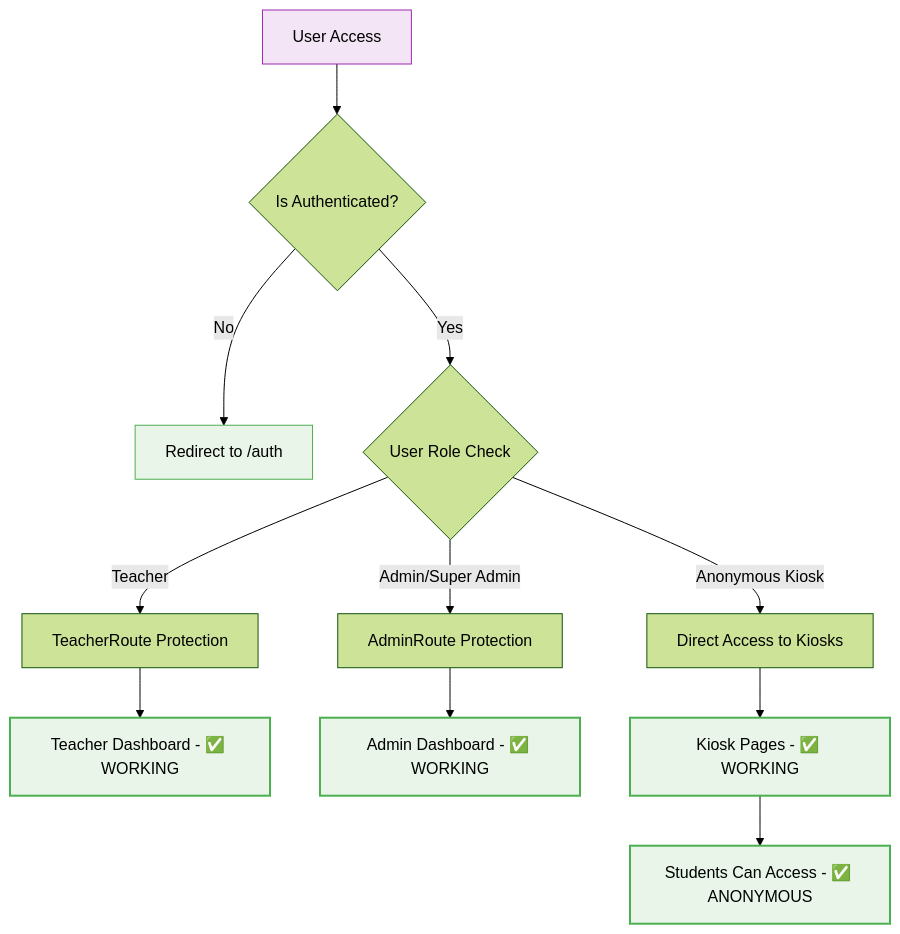
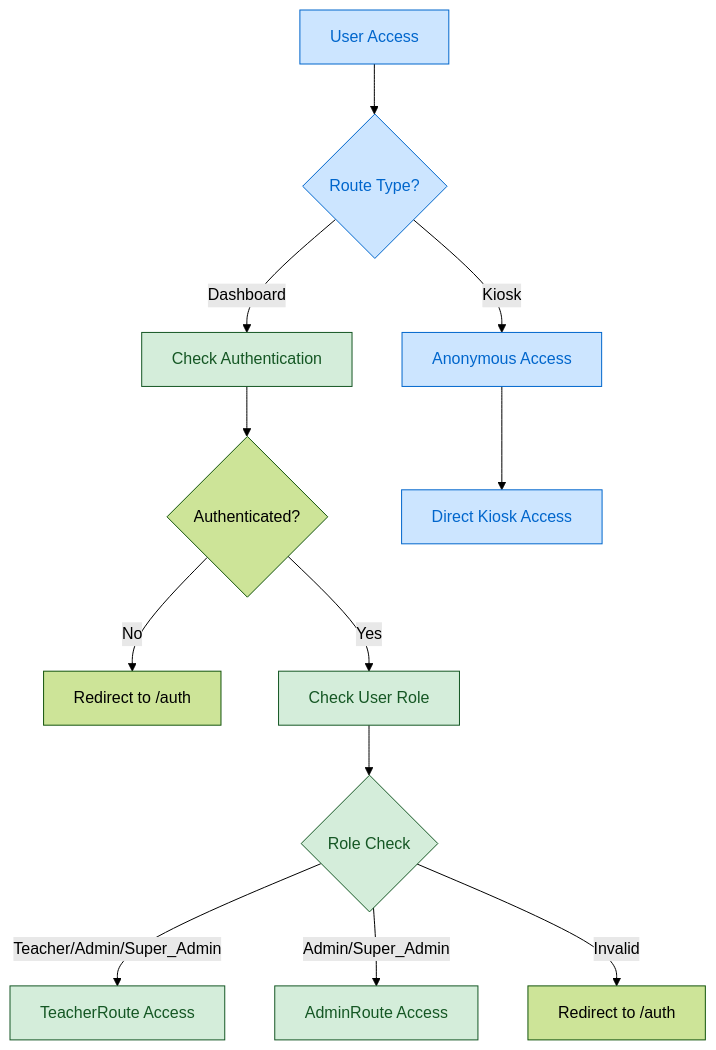
Before and after one commit to Splurfa/bx-os: the diagram in Docs/Flowcharts/Current-State/01-current-authentication-routing.md, drawn with Mermaid (forest theme). The commit also changed other lines of this file and 45 other files, not shown here.

````diff
--- a/Docs/Flowcharts/Current-State/01-current-authentication-routing.md
+++ b/Docs/Flowcharts/Current-State/01-current-authentication-routing.md
@@ -8,22 +9,23 @@
 ```mermaid
-flowchart TD
-    A[User Access] --> B{Is Authenticated?}
-    B -->|No| C[Redirect to /auth]
-    B -->|Yes| D{User Role Check}
-    D -->|Teacher| E[TeacherRoute Protection]
-    D -->|Admin/Super Admin| F[AdminRoute Protection] 
-    D -->|Anonymous Kiosk| G[Direct Access to Kiosks]
+graph TD
+    A[User Access] --> B{Route Type?}
+    B -->|Dashboard| C[Check Authentication]
+    B -->|Kiosk| D[Anonymous Access]
     
-    E --> H[Teacher Dashboard - ✅ WORKING]
-    F --> I[Admin Dashboard - ✅ WORKING]
-    G --> J[Kiosk Pages - ✅ WORKING]
+    C --> E{Authenticated?}
+    E -->|No| F[Redirect to /auth]
+    E -->|Yes| G[Check User Role]
     
-    J --> K[Students Can Access - ✅ ANONYMOUS]
+    G --> H{Role Check}
+    H -->|Teacher/Admin/Super_Admin| I[TeacherRoute Access]
+    H -->|Admin/Super_Admin| J[AdminRoute Access]
+    H -->|Invalid| K[Redirect to /auth]
     
-    style H fill:#e8f5e8,stroke:#4caf50,stroke-width:2px
-    style I fill:#e8f5e8,stroke:#4caf50,stroke-width:2px
-    style J fill:#e8f5e8,stroke:#4caf50,stroke-width:2px
-    style K fill:#e8f5e8,stroke:#4caf50,stroke-width:2px
-    style A fill:#f3e5f5,stroke:#9c27b0
-    style C fill:#e8f5e8,stroke:#4caf50
+    D --> L[Direct Kiosk Access]
+    
+    classDef functional fill:#d4edda,stroke:#155724,color:#155724
+    classDef verified fill:#cce5ff,stroke:#0066cc,color:#0066cc
+    
+    class C,G,H,I,J functional
+    class A,B,D,L verified
 ```
````
